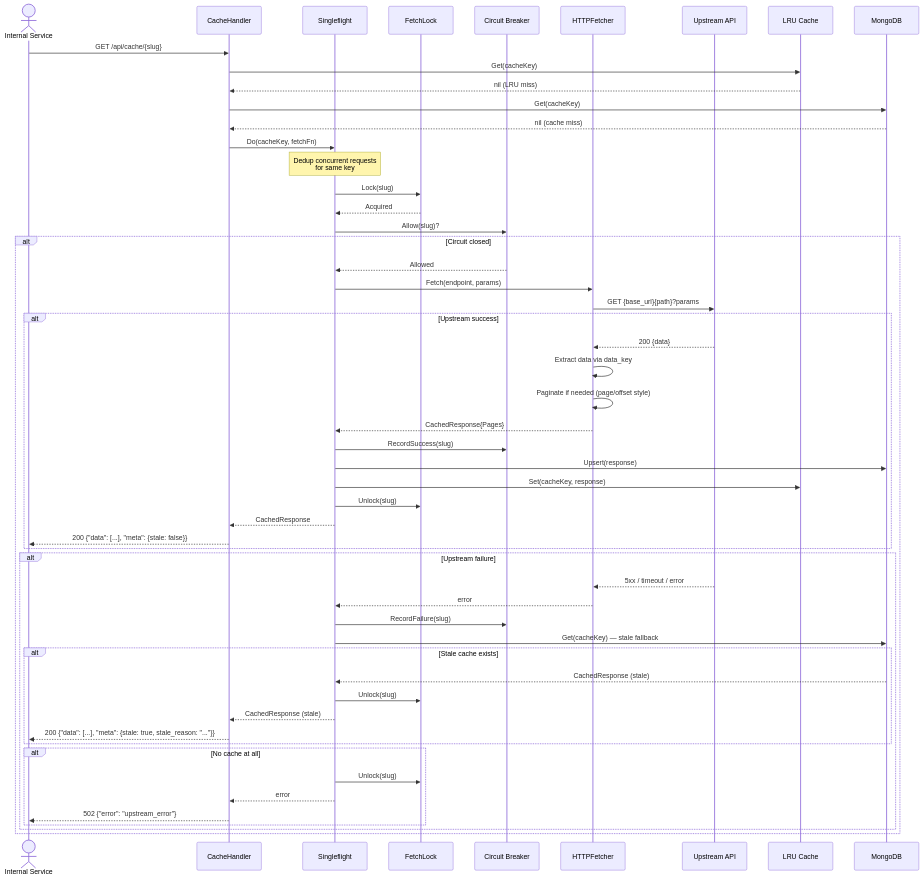
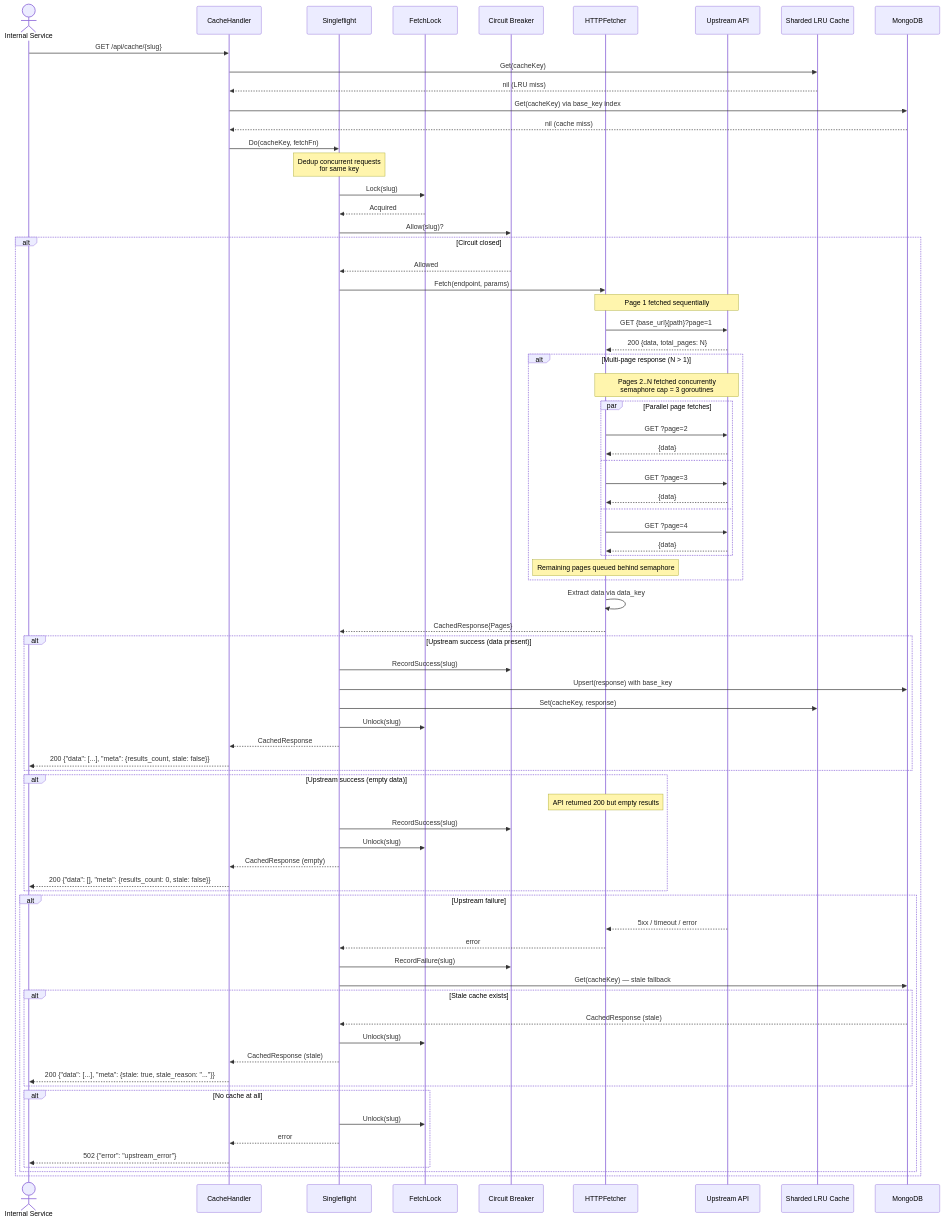
Before and after one commit to finish06/cash-drugs: the second of 15 diagrams in docs/sequence-diagram.md, drawn with Mermaid. The commit also changed other lines of this file and 6 other files, not shown here.

First line of the commit message:
docs: update all docs for M10 — diagrams, swagger, changelog, PRD

```diff
--- a/docs/sequence-diagram.md
+++ b/docs/sequence-diagram.md
@@ -41,13 +43,13 @@
     participant CB as Circuit Breaker
     participant UF as HTTPFetcher
     participant API as Upstream API
-    participant LRU as LRU Cache
+    participant LRU as Sharded LRU Cache
     participant DB as MongoDB
 
     Client->>CH: GET /api/cache/{slug}
     CH->>LRU: Get(cacheKey)
     LRU-->>CH: nil (LRU miss)
-    CH->>DB: Get(cacheKey)
+    CH->>DB: Get(cacheKey) via base_key index
     DB-->>CH: nil (cache miss)
 
     CH->>SF: Do(cacheKey, fetchFn)
@@ -60,19 +62,44 @@
     alt Circuit closed
         CB-->>SF: Allowed
         SF->>UF: Fetch(endpoint, params)
-        UF->>API: GET {base_url}{path}?params
 
-        alt Upstream success
-            API-->>UF: 200 {data}
-            UF->>UF: Extract data via data_key
-            UF->>UF: Paginate if needed (page/offset style)
-            UF-->>SF: CachedResponse{Pages}
+        Note over UF,API: Page 1 fetched sequentially
+        UF->>API: GET {base_url}{path}?page=1
+        API-->>UF: 200 {data, total_pages: N}
+
+        alt Multi-page response (N > 1)
+            Note over UF,API: Pages 2..N fetched concurrently<br/>semaphore cap = 3 goroutines
+            par Parallel page fetches
+                UF->>API: GET ?page=2
+                API-->>UF: {data}
+            and
+                UF->>API: GET ?page=3
+                API-->>UF: {data}
+            and
+                UF->>API: GET ?page=4
+                API-->>UF: {data}
+            end
+            Note over UF: Remaining pages queued behind semaphore
+        end
+
+        UF->>UF: Extract data via data_key
+        UF-->>SF: CachedResponse{Pages}
+
+        alt Upstream success (data present)
             SF->>CB: RecordSuccess(slug)
-            SF->>DB: Upsert(response)
+            SF->>DB: Upsert(response) with base_key
             SF->>LRU: Set(cacheKey, response)
             SF->>FL: Unlock(slug)
             SF-->>CH: CachedResponse
-            CH-->>Client: 200 {"data": [...], "meta": {stale: false}}
+            CH-->>Client: 200 {"data": [...], "meta": {results_count, stale: false}}
+        end
+
+        alt Upstream success (empty data)
+            Note over UF: API returned 200 but empty results
+            SF->>CB: RecordSuccess(slug)
+            SF->>FL: Unlock(slug)
+            SF-->>CH: CachedResponse (empty)
+            CH-->>Client: 200 {"data": [], "meta": {results_count: 0, stale: false}}
         end
 
         alt Upstream failure
```
